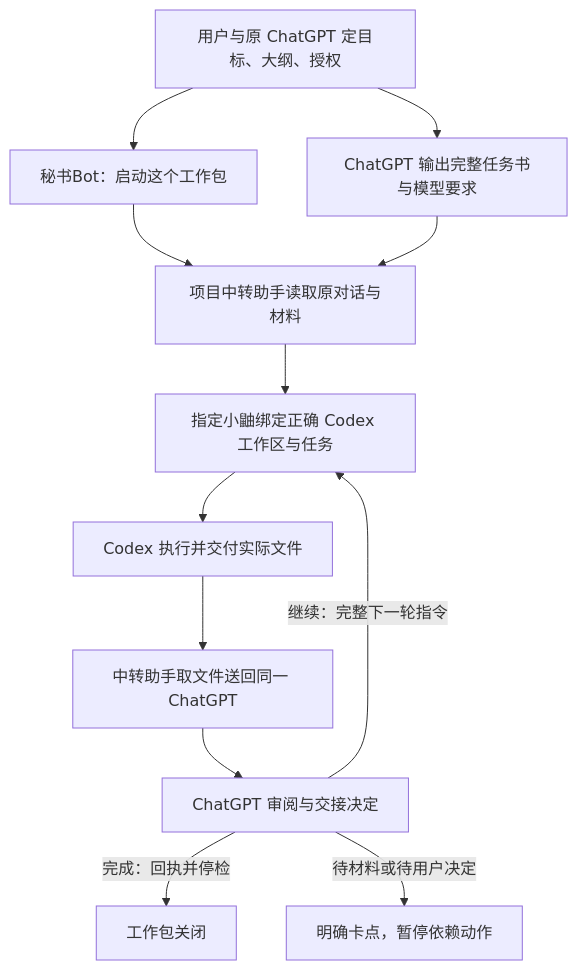
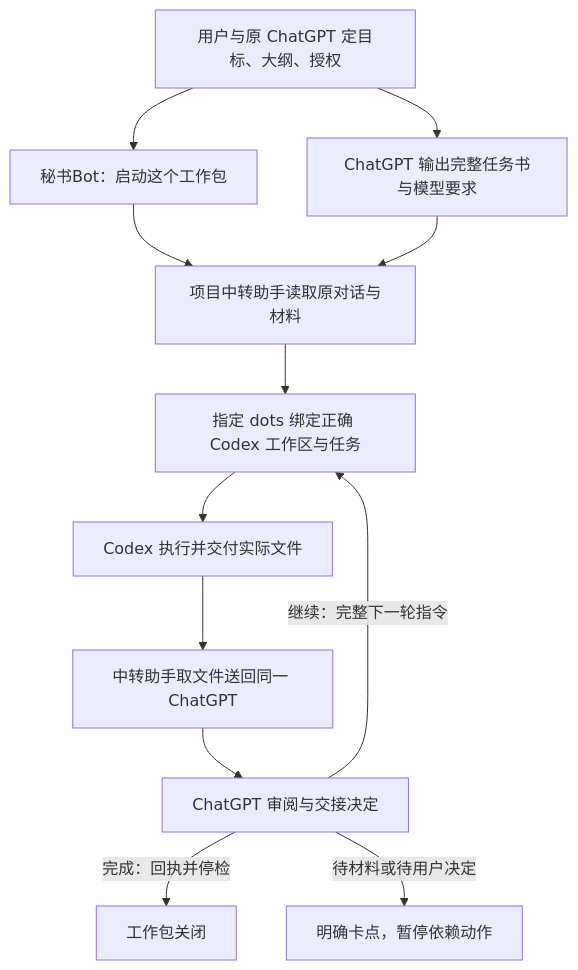
One commit to michael20050413-bot/chatgpt-grokbot-codex-workflow changed the diagram in README.md. Above: the diagram before and after it, drawn with Mermaid. The commit also changed other lines of this file and 8 other files, not shown here.

````diff
--- a/README.md
+++ b/README.md
@@ -5,14 +9,14 @@
 ```mermaid
 flowchart TD
  U[用户与原 ChatGPT 定目标、大纲、授权] --> C[ChatGPT 输出完整任务书与模型要求]
  U --> S[秘书Bot：启动这个工作包]
  S --> R[项目中转助手读取原对话与材料]
  C --> R
- R --> X[指定小鼬绑定正确 Codex 工作区与任务]
+ R --> X[指定 dots 绑定正确 Codex 工作区与任务]
  X --> D[Codex 执行并交付实际文件]
  D --> R2[中转助手取文件送回同一 ChatGPT]
  R2 --> V[ChatGPT 审阅与交接决定]
  V -->|继续：完整下一轮指令| X
  V -->|完成：回执并停检| F[工作包关闭]
  V -->|待材料或待用户决定| W[明确卡点，暂停依赖动作]
 ```
````
